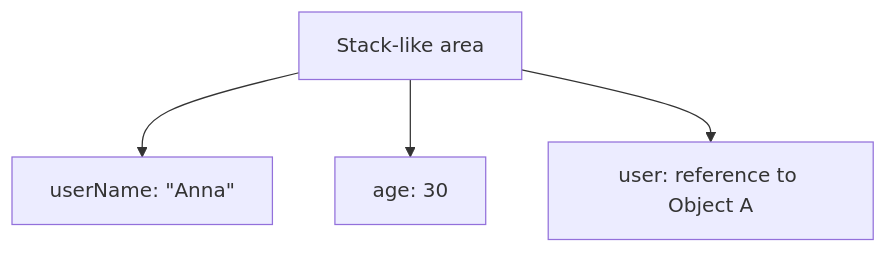
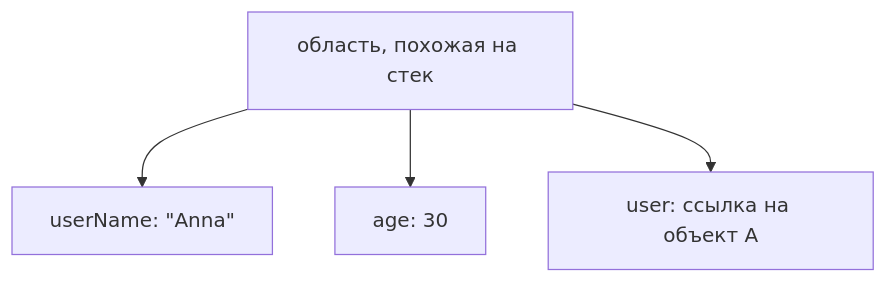
Before and after one commit to Bimba333/qa-js-ts-cookbook: the fourth of 6 diagrams in docs/01-javascript/14-stack-and-heap.md, drawn with Mermaid. The commit also changed other lines of this file and 101 other files, not shown here.

````diff
--- a/docs/01-javascript/14-stack-and-heap.md
+++ b/docs/01-javascript/14-stack-and-heap.md
@@ -239,10 +239,10 @@
 ```mermaid
 flowchart TD
-    N1["Stack-like area"]
+    N1["область, похожая на стек"]
     N2["userName: &quot;Anna&quot;"]
     N3["age: 30"]
-    N4["user: reference to Object A"]
+    N4["user: ссылка на объект A"]
     N1 --> N2
     N1 --> N3
     N1 --> N4
 ```
````
